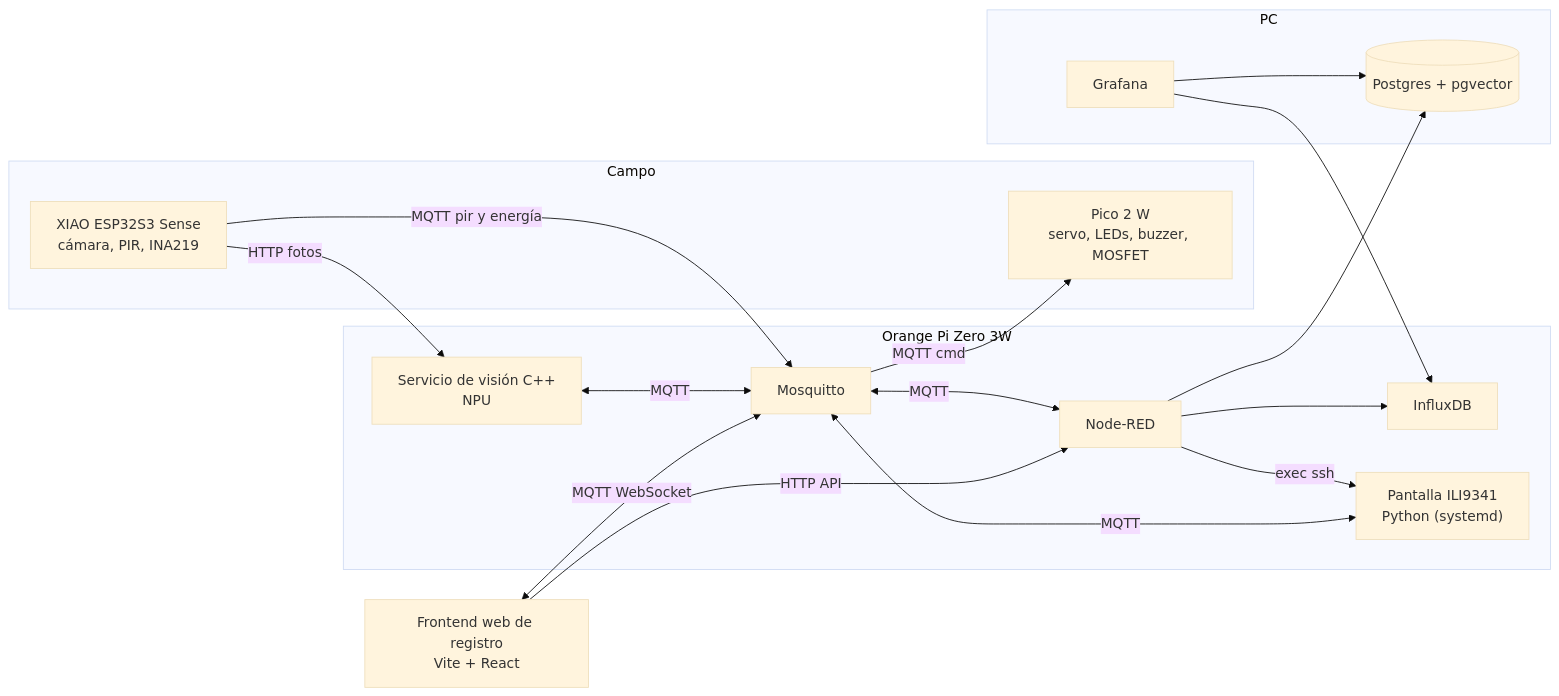
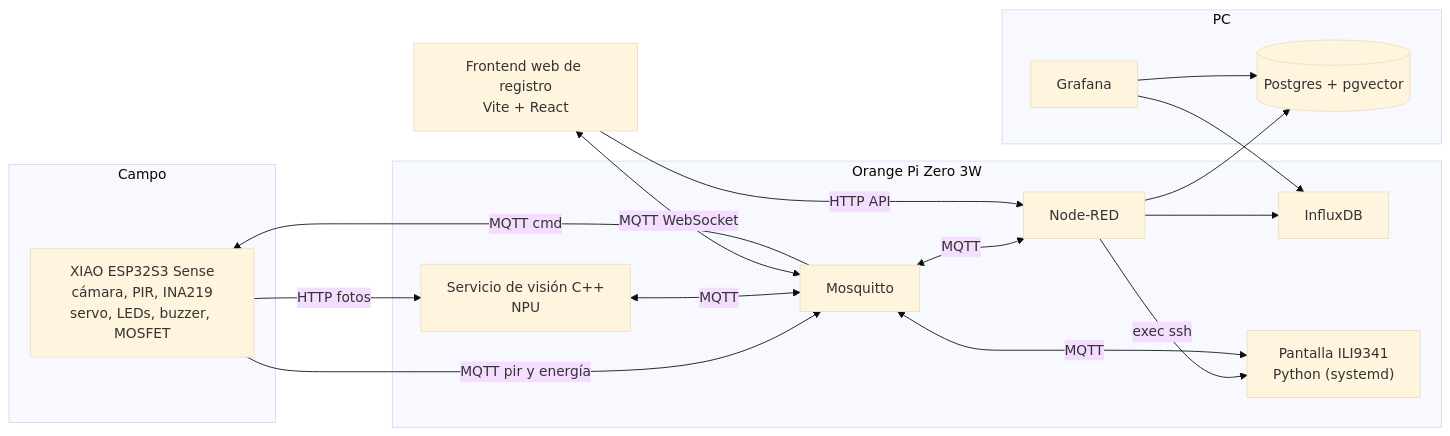
One commit to GustavoVaAsc/AutoList changed the first of 3 diagrams in docs/HIGH-LEVEL-PLAN.md. Above: the diagram before and after it, drawn with Mermaid (base theme). The commit also changed other lines of this file and 2 other files, not shown here.

First line of the commit message:
docs(plan): Consolido los actuadores en la XIAO ESP32S3 y retiro la Pico 2 W

````diff
--- a/docs/HIGH-LEVEL-PLAN.md
+++ b/docs/HIGH-LEVEL-PLAN.md
@@ -38,33 +38,32 @@
 ```mermaid
 flowchart LR
   subgraph Campo
-    CAM["XIAO ESP32S3 Sense<br/>cámara, PIR, INA219"]
-    ACT["Pico 2 W<br/>servo, LEDs, buzzer, MOSFET"]
+    ESP["XIAO ESP32S3 Sense<br/>cámara, PIR, INA219<br/>servo, LEDs, buzzer, MOSFET"]
   end
   subgraph OPi["Orange Pi Zero 3W"]
     VIS["Servicio de visión C++<br/>NPU"]
     MQ["Mosquitto"]
     NR["Node-RED"]
     IF["InfluxDB"]
     LCD["Pantalla ILI9341<br/>Python (systemd)"]
   end
   subgraph PC
     PG[("Postgres + pgvector")]
     GF["Grafana"]
   end
   WEB["Frontend web de registro<br/>Vite + React"]
 
-  CAM -->|HTTP fotos| VIS
-  CAM -->|MQTT pir y energía| MQ
+  ESP -->|HTTP fotos| VIS
+  ESP -->|MQTT pir y energía| MQ
   VIS <-->|MQTT| MQ
   MQ <-->|MQTT| NR
   NR --> IF
   NR --> PG
   NR -->|exec ssh| LCD
   LCD <-->|MQTT| MQ
-  MQ -->|MQTT cmd| ACT
+  MQ -->|MQTT cmd| ESP
   GF --> IF
   GF --> PG
   WEB -->|HTTP API| NR
   WEB <-->|MQTT WebSocket| MQ
 ```
````
